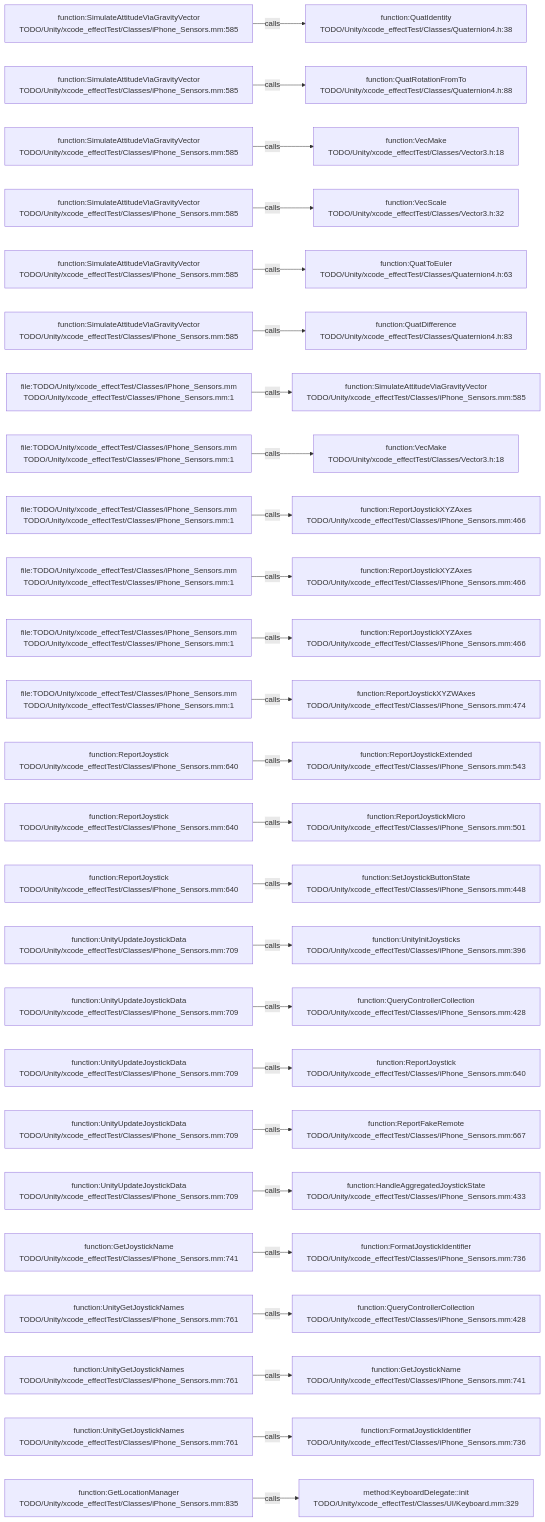
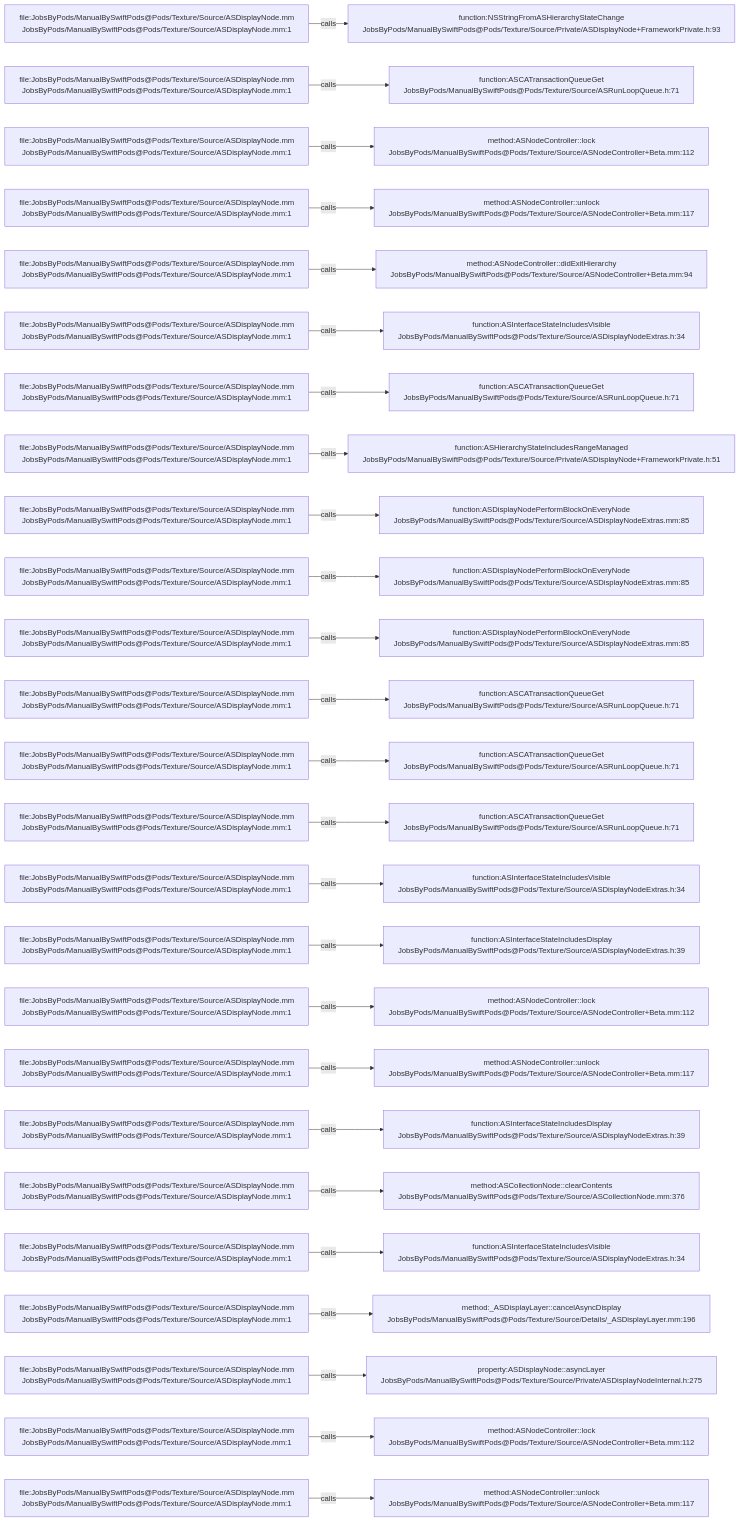
The diagram in .codegraph/codegraph.md/graphs/calls-053.md (JobsKits/JobsSwiftBaseConfigDemo), drawn with Mermaid before and after one commit. The commit also changed 2959 other files, not shown here.

````diff
--- a/.codegraph/codegraph.md/graphs/calls-053.md
+++ b/.codegraph/codegraph.md/graphs/calls-053.md
@@ -13,78 +13,78 @@
 ```mermaid
 flowchart LR
-  S1["function:SimulateAttitudeViaGravityVector<br/>TODO/Unity/xcode_effectTest/Classes/iPhone_Sensors.mm:585"]
-  T1["function:QuatIdentity<br/>TODO/Unity/xcode_effectTest/Classes/Quaternion4.h:38"]
+  S1["file:JobsByPods/ManualBySwiftPods@Pods/Texture/Source/ASDisplayNode.mm<br/>JobsByPods/ManualBySwiftPods@Pods/Texture/Source/ASDisplayNode.mm:1"]
+  T1["function:NSStringFromASHierarchyStateChange<br/>JobsByPods/ManualBySwiftPods@Pods/Texture/Source/Private/ASDisplayNode+FrameworkPrivate.h:93"]
   S1 -->|calls| T1
-  S2["function:SimulateAttitudeViaGravityVector<br/>TODO/Unity/xcode_effectTest/Classes/iPhone_Sensors.mm:585"]
-  T2["function:QuatRotationFromTo<br/>TODO/Unity/xcode_effectTest/Classes/Quaternion4.h:88"]
+  S2["file:JobsByPods/ManualBySwiftPods@Pods/Texture/Source/ASDisplayNode.mm<br/>JobsByPods/ManualBySwiftPods@Pods/Texture/Source/ASDisplayNode.mm:1"]
+  T2["function:ASCATransactionQueueGet<br/>JobsByPods/ManualBySwiftPods@Pods/Texture/Source/ASRunLoopQueue.h:71"]
   S2 -->|calls| T2
-  S3["function:SimulateAttitudeViaGravityVector<br/>TODO/Unity/xcode_effectTest/Classes/iPhone_Sensors.mm:585"]
-  T3["function:VecMake<br/>TODO/Unity/xcode_effectTest/Classes/Vector3.h:18"]
+  S3["file:JobsByPods/ManualBySwiftPods@Pods/Texture/Source/ASDisplayNode.mm<br/>JobsByPods/ManualBySwiftPods@Pods/Texture/Source/ASDisplayNode.mm:1"]
+  T3["method:ASNodeController::lock<br/>JobsByPods/ManualBySwiftPods@Pods/Texture/Source/ASNodeController+Beta.mm:112"]
   S3 -->|calls| T3
-  S4["function:SimulateAttitudeViaGravityVector<br/>TODO/Unity/xcode_effectTest/Classes/iPhone_Sensors.mm:585"]
-  T4["function:VecScale<br/>TODO/Unity/xcode_effectTest/Classes/Vector3.h:32"]
+  S4["file:JobsByPods/ManualBySwiftPods@Pods/Texture/Source/ASDisplayNode.mm<br/>JobsByPods/ManualBySwiftPods@Pods/Texture/Source/ASDisplayNode.mm:1"]
+  T4["method:ASNodeController::unlock<br/>JobsByPods/ManualBySwiftPods@Pods/Texture/Source/ASNodeController+Beta.mm:117"]
   S4 -->|calls| T4
-  S5["function:SimulateAttitudeViaGravityVector<br/>TODO/Unity/xcode_effectTest/Classes/iPhone_Sensors.mm:585"]
-  T5["function:QuatToEuler<br/>TODO/Unity/xcode_effectTest/Classes/Quaternion4.h:63"]
+  S5["file:JobsByPods/ManualBySwiftPods@Pods/Texture/Source/ASDisplayNode.mm<br/>JobsByPods/ManualBySwiftPods@Pods/Texture/Source/ASDisplayNode.mm:1"]
+  T5["method:ASNodeController::didExitHierarchy<br/>JobsByPods/ManualBySwiftPods@Pods/Texture/Source/ASNodeController+Beta.mm:94"]
   S5 -->|calls| T5
-  S6["function:SimulateAttitudeViaGravityVector<br/>TODO/Unity/xcode_effectTest/Classes/iPhone_Sensors.mm:585"]
-  T6["function:QuatDifference<br/>TODO/Unity/xcode_effectTest/Classes/Quaternion4.h:83"]
+  S6["file:JobsByPods/ManualBySwiftPods@Pods/Texture/Source/ASDisplayNode.mm<br/>JobsByPods/ManualBySwiftPods@Pods/Texture/Source/ASDisplayNode.mm:1"]
+  T6["function:ASInterfaceStateIncludesVisible<br/>JobsByPods/ManualBySwiftPods@Pods/Texture/Source/ASDisplayNodeExtras.h:34"]
   S6 -->|calls| T6
-  S7["file:TODO/Unity/xcode_effectTest/Classes/iPhone_Sensors.mm<br/>TODO/Unity/xcode_effectTest/Classes/iPhone_Sensors.mm:1"]
-  T7["function:SimulateAttitudeViaGravityVector<br/>TODO/Unity/xcode_effectTest/Classes/iPhone_Sensors.mm:585"]
+  S7["file:JobsByPods/ManualBySwiftPods@Pods/Texture/Source/ASDisplayNode.mm<br/>JobsByPods/ManualBySwiftPods@Pods/Texture/Source/ASDisplayNode.mm:1"]
+  T7["function:ASCATransactionQueueGet<br/>JobsByPods/ManualBySwiftPods@Pods/Texture/Source/ASRunLoopQueue.h:71"]
   S7 -->|calls| T7
-  S8["file:TODO/Unity/xcode_effectTest/Classes/iPhone_Sensors.mm<br/>TODO/Unity/xcode_effectTest/Classes/iPhone_Sensors.mm:1"]
-  T8["function:VecMake<br/>TODO/Unity/xcode_effectTest/Classes/Vector3.h:18"]
+  S8["file:JobsByPods/ManualBySwiftPods@Pods/Texture/Source/ASDisplayNode.mm<br/>JobsByPods/ManualBySwiftPods@Pods/Texture/Source/ASDisplayNode.mm:1"]
+  T8["function:ASHierarchyStateIncludesRangeManaged<br/>JobsByPods/ManualBySwiftPods@Pods/Texture/Source/Private/ASDisplayNode+FrameworkPrivate.h:51"]
   S8 -->|calls| T8
-  S9["file:TODO/Unity/xcode_effectTest/Classes/iPhone_Sensors.mm<br/>TODO/Unity/xcode_effectTest/Classes/iPhone_Sensors.mm:1"]
-  T9["function:ReportJoystickXYZAxes<br/>TODO/Unity/xcode_effectTest/Classes/iPhone_Sensors.mm:466"]
+  S9["file:JobsByPods/ManualBySwiftPods@Pods/Texture/Source/ASDisplayNode.mm<br/>JobsByPods/ManualBySwiftPods@Pods/Texture/Source/ASDisplayNode.mm:1"]
+  T9["function:ASDisplayNodePerformBlockOnEveryNode<br/>JobsByPods/ManualBySwiftPods@Pods/Texture/Source/ASDisplayNodeExtras.mm:85"]
   S9 -->|calls| T9
-  S10["file:TODO/Unity/xcode_effectTest/Classes/iPhone_Sensors.mm<br/>TODO/Unity/xcode_effectTest/Classes/iPhone_Sensors.mm:1"]
-  T10["function:ReportJoystickXYZAxes<br/>TODO/Unity/xcode_effectTest/Classes/iPhone_Sensors.mm:466"]
+  S10["file:JobsByPods/ManualBySwiftPods@Pods/Texture/Source/ASDisplayNode.mm<br/>JobsByPods/ManualBySwiftPods@Pods/Texture/Source/ASDisplayNode.mm:1"]
+  T10["function:ASDisplayNodePerformBlockOnEveryNode<br/>JobsByPods/ManualBySwiftPods@Pods/Texture/Source/ASDisplayNodeExtras.mm:85"]
   S10 -->|calls| T10
-  S11["file:TODO/Unity/xcode_effectTest/Classes/iPhone_Sensors.mm<br/>TODO/Unity/xcode_effectTest/Classes/iPhone_Sensors.mm:1"]
-  T11["function:ReportJoystickXYZAxes<br/>TODO/Unity/xcode_effectTest/Classes/iPhone_Sensors.mm:466"]
+  S11["file:JobsByPods/ManualBySwiftPods@Pods/Texture/Source/ASDisplayNode.mm<br/>JobsByPods/ManualBySwiftPods@Pods/Texture/Source/ASDisplayNode.mm:1"]
+  T11["function:ASDisplayNodePerformBlockOnEveryNode<br/>JobsByPods/ManualBySwiftPods@Pods/Texture/Source/ASDisplayNodeExtras.mm:85"]
   S11 -->|calls| T11
-  S12["file:TODO/Unity/xcode_effectTest/Classes/iPhone_Sensors.mm<br/>TODO/Unity/xcode_effectTest/Classes/iPhone_Sensors.mm:1"]
-  T12["function:ReportJoystickXYZWAxes<br/>TODO/Unity/xcode_effectTest/Classes/iPhone_Sensors.mm:474"]
+  S12["file:JobsByPods/ManualBySwiftPods@Pods/Texture/Source/ASDisplayNode.mm<br/>JobsByPods/ManualBySwiftPods@Pods/Texture/Source/ASDisplayNode.mm:1"]
+  T12["function:ASCATransactionQueueGet<br/>JobsByPods/ManualBySwiftPods@Pods/Texture/Source/ASRunLoopQueue.h:71"]
   S12 -->|calls| T12
-  S13["function:ReportJoystick<br/>TODO/Unity/xcode_effectTest/Classes/iPhone_Sensors.mm:640"]
-  T13["function:ReportJoystickExtended<br/>TODO/Unity/xcode_effectTest/Classes/iPhone_Sensors.mm:543"]
+  S13["file:JobsByPods/ManualBySwiftPods@Pods/Texture/Source/ASDisplayNode.mm<br/>JobsByPods/ManualBySwiftPods@Pods/Texture/Source/ASDisplayNode.mm:1"]
+  T13["function:ASCATransactionQueueGet<br/>JobsByPods/ManualBySwiftPods@Pods/Texture/Source/ASRunLoopQueue.h:71"]
   S13 -->|calls| T13
-  S14["function:ReportJoystick<br/>TODO/Unity/xcode_effectTest/Classes/iPhone_Sensors.mm:640"]
-  T14["function:ReportJoystickMicro<br/>TODO/Unity/xcode_effectTest/Classes/iPhone_Sensors.mm:501"]
+  S14["file:JobsByPods/ManualBySwiftPods@Pods/Texture/Source/ASDisplayNode.mm<br/>JobsByPods/ManualBySwiftPods@Pods/Texture/Source/ASDisplayNode.mm:1"]
+  T14["function:ASCATransactionQueueGet<br/>JobsByPods/ManualBySwiftPods@Pods/Texture/Source/ASRunLoopQueue.h:71"]
   S14 -->|calls| T14
-  S15["function:ReportJoystick<br/>TODO/Unity/xcode_effectTest/Classes/iPhone_Sensors.mm:640"]
-  T15["function:SetJoystickButtonState<br/>TODO/Unity/xcode_effectTest/Classes/iPhone_Sensors.mm:448"]
+  S15["file:JobsByPods/ManualBySwiftPods@Pods/Texture/Source/ASDisplayNode.mm<br/>JobsByPods/ManualBySwiftPods@Pods/Texture/Source/ASDisplayNode.mm:1"]
+  T15["function:ASInterfaceStateIncludesVisible<br/>JobsByPods/ManualBySwiftPods@Pods/Texture/Source/ASDisplayNodeExtras.h:34"]
   S15 -->|calls| T15
-  S16["function:UnityUpdateJoystickData<br/>TODO/Unity/xcode_effectTest/Classes/iPhone_Sensors.mm:709"]
-  T16["function:UnityInitJoysticks<br/>TODO/Unity/xcode_effectTest/Classes/iPhone_Sensors.mm:396"]
+  S16["file:JobsByPods/ManualBySwiftPods@Pods/Texture/Source/ASDisplayNode.mm<br/>JobsByPods/ManualBySwiftPods@Pods/Texture/Source/ASDisplayNode.mm:1"]
+  T16["function:ASInterfaceStateIncludesDisplay<br/>JobsByPods/ManualBySwiftPods@Pods/Texture/Source/ASDisplayNodeExtras.h:39"]
   S16 -->|calls| T16
-  S17["function:UnityUpdateJoystickData<br/>TODO/Unity/xcode_effectTest/Classes/iPhone_Sensors.mm:709"]
-  T17["function:QueryControllerCollection<br/>TODO/Unity/xcode_effectTest/Classes/iPhone_Sensors.mm:428"]
+  S17["file:JobsByPods/ManualBySwiftPods@Pods/Texture/Source/ASDisplayNode.mm<br/>JobsByPods/ManualBySwiftPods@Pods/Texture/Source/ASDisplayNode.mm:1"]
+  T17["method:ASNodeController::lock<br/>JobsByPods/ManualBySwiftPods@Pods/Texture/Source/ASNodeController+Beta.mm:112"]
   S17 -->|calls| T17
-  S18["function:UnityUpdateJoystickData<br/>TODO/Unity/xcode_effectTest/Classes/iPhone_Sensors.mm:709"]
-  T18["function:ReportJoystick<br/>TODO/Unity/xcode_effectTest/Classes/iPhone_Sensors.mm:640"]
+  S18["file:JobsByPods/ManualBySwiftPods@Pods/Texture/Source/ASDisplayNode.mm<br/>JobsByPods/ManualBySwiftPods@Pods/Texture/Source/ASDisplayNode.mm:1"]
+  T18["method:ASNodeController::unlock<br/>JobsByPods/ManualBySwiftPods@Pods/Texture/Source/ASNodeController+Beta.mm:117"]
   S18 -->|calls| T18
-  S19["function:UnityUpdateJoystickData<br/>TODO/Unity/xcode_effectTest/Classes/iPhone_Sensors.mm:709"]
-  T19["function:ReportFakeRemote<br/>TODO/Unity/xcode_effectTest/Classes/iPhone_Sensors.mm:667"]
+  S19["file:JobsByPods/ManualBySwiftPods@Pods/Texture/Source/ASDisplayNode.mm<br/>JobsByPods/ManualBySwiftPods@Pods/Texture/Source/ASDisplayNode.mm:1"]
+  T19["function:ASInterfaceStateIncludesDisplay<br/>JobsByPods/ManualBySwiftPods@Pods/Texture/Source/ASDisplayNodeExtras.h:39"]
   S19 -->|calls| T19
-  S20["function:UnityUpdateJoystickData<br/>TODO/Unity/xcode_effectTest/Classes/iPhone_Sensors.mm:709"]
-  T20["function:HandleAggregatedJoystickState<br/>TODO/Unity/xcode_effectTest/Classes/iPhone_Sensors.mm:433"]
+  S20["file:JobsByPods/ManualBySwiftPods@Pods/Texture/Source/ASDisplayNode.mm<br/>JobsByPods/ManualBySwiftPods@Pods/Texture/Source/ASDisplayNode.mm:1"]
+  T20["method:ASCollectionNode::clearContents<br/>JobsByPods/ManualBySwiftPods@Pods/Texture/Source/ASCollectionNode.mm:376"]
   S20 -->|calls| T20
-  S21["function:GetJoystickName<br/>TODO/Unity/xcode_effectTest/Classes/iPhone_Sensors.mm:741"]
-  T21["function:FormatJoystickIdentifier<br/>TODO/Unity/xcode_effectTest/Classes/iPhone_Sensors.mm:736"]
+  S21["file:JobsByPods/ManualBySwiftPods@Pods/Texture/Source/ASDisplayNode.mm<br/>JobsByPods/ManualBySwiftPods@Pods/Texture/Source/ASDisplayNode.mm:1"]
+  T21["function:ASInterfaceStateIncludesVisible<br/>JobsByPods/ManualBySwiftPods@Pods/Texture/Source/ASDisplayNodeExtras.h:34"]
   S21 -->|calls| T21
-  S22["function:UnityGetJoystickNames<br/>TODO/Unity/xcode_effectTest/Classes/iPhone_Sensors.mm:761"]
-  T22["function:QueryControllerCollection<br/>TODO/Unity/xcode_effectTest/Classes/iPhone_Sensors.mm:428"]
+  S22["file:JobsByPods/ManualBySwiftPods@Pods/Texture/Source/ASDisplayNode.mm<br/>JobsByPods/ManualBySwiftPods@Pods/Texture/Source/ASDisplayNode.mm:1"]
+  T22["method:_ASDisplayLayer::cancelAsyncDisplay<br/>JobsByPods/ManualBySwiftPods@Pods/Texture/Source/Details/_ASDisplayLayer.mm:196"]
   S22 -->|calls| T22
-  S23["function:UnityGetJoystickNames<br/>TODO/Unity/xcode_effectTest/Classes/iPhone_Sensors.mm:761"]
-  T23["function:GetJoystickName<br/>TODO/Unity/xcode_effectTest/Classes/iPhone_Sensors.mm:741"]
+  S23["file:JobsByPods/ManualBySwiftPods@Pods/Texture/Source/ASDisplayNode.mm<br/>JobsByPods/ManualBySwiftPods@Pods/Texture/Source/ASDisplayNode.mm:1"]
+  T23["property:ASDisplayNode::asyncLayer<br/>JobsByPods/ManualBySwiftPods@Pods/Texture/Source/Private/ASDisplayNodeInternal.h:275"]
   S23 -->|calls| T23
-  S24["function:UnityGetJoystickNames<br/>TODO/Unity/xcode_effectTest/Classes/iPhone_Sensors.mm:761"]
-  T24["function:FormatJoystickIdentifier<br/>TODO/Unity/xcode_effectTest/Classes/iPhone_Sensors.mm:736"]
+  S24["file:JobsByPods/ManualBySwiftPods@Pods/Texture/Source/ASDisplayNode.mm<br/>JobsByPods/ManualBySwiftPods@Pods/Texture/Source/ASDisplayNode.mm:1"]
+  T24["method:ASNodeController::lock<br/>JobsByPods/ManualBySwiftPods@Pods/Texture/Source/ASNodeController+Beta.mm:112"]
   S24 -->|calls| T24
-  S25["function:GetLocationManager<br/>TODO/Unity/xcode_effectTest/Classes/iPhone_Sensors.mm:835"]
-  T25["method:KeyboardDelegate::init<br/>TODO/Unity/xcode_effectTest/Classes/UI/Keyboard.mm:329"]
+  S25["file:JobsByPods/ManualBySwiftPods@Pods/Texture/Source/ASDisplayNode.mm<br/>JobsByPods/ManualBySwiftPods@Pods/Texture/Source/ASDisplayNode.mm:1"]
+  T25["method:ASNodeController::unlock<br/>JobsByPods/ManualBySwiftPods@Pods/Texture/Source/ASNodeController+Beta.mm:117"]
   S25 -->|calls| T25
 ```
````
